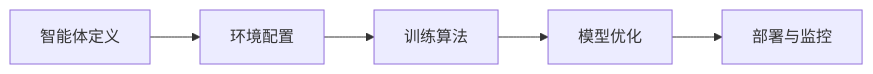
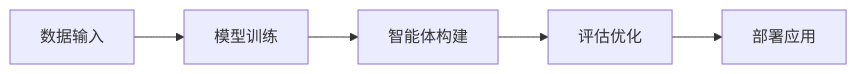
Before and after one commit to wayyoungboy/github-trending-reporter: the sixth of 8 diagrams in reports/2026/01/2026-01-21.md, drawn with Mermaid. The commit also changed other lines of this file and 1 other file, not shown here.

````diff
--- a/reports/2026/01/2026-01-21.md
+++ b/reports/2026/01/2026-01-21.md
@@ -257,7 +322,7 @@
 ```mermaid
 graph LR
-    A[智能体定义] --> B[环境配置]
-    B --> C[训练算法]
-    C --> D[模型优化]
-    D --> E[部署与监控]
+    A[数据输入] --> B[模型训练]
+    B --> C[智能体构建]
+    C --> D[评估优化]
+    D --> E[部署应用]
 ```
````
